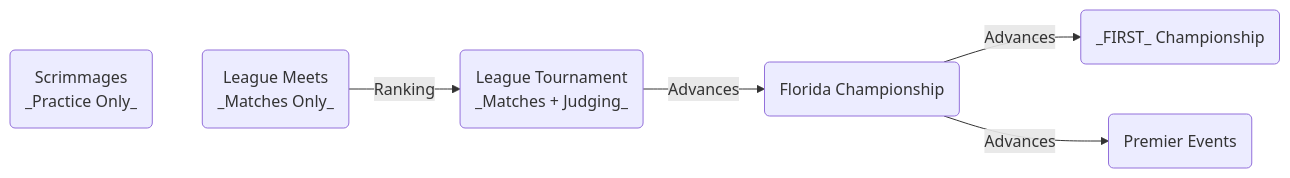
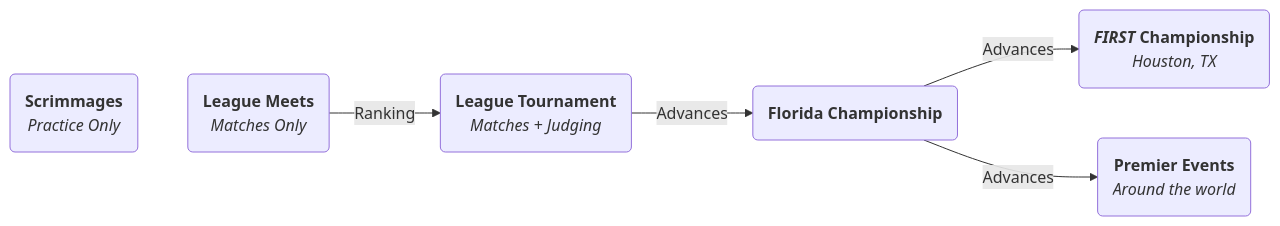
Before and after one commit to FloridaFTC/docs.flfirst.org: the diagram in overview.md, drawn with Mermaid.

Commit message:
Fix formatting of event progression markdown

````diff
--- a/overview.md
+++ b/overview.md
@@ -90,15 +90,20 @@
 ```mermaid
 graph LR
-    S(Scrimmages<br>_Practice Only_)
-    LM(League Meets<br>_Matches Only_)
-    LT(League Tournament<br>_Matches + Judging_)
-    FL(Florida Championship)
-    FC(_FIRST_ Championship)
-    PE(Premier Events)
+    S("`**Scrimmages**
+    _Practice Only_`")
+    LM("`**League Meets**
+    _Matches Only_`")
+    LT("`**League Tournament**
+    _Matches + Judging_`")
+    FL("`**Florida Championship**`")
+    FC("`**_FIRST_ Championship**
+    _Houston, TX_`")
+    PE("`**Premier Events**
+    _Around the world_`")
 
     S ~~~ LM
     LM -->|Ranking| LT
     LT -->|Advances| FL
     FL -->|Advances| FC
     FL -->|Advances| PE
 ```
````
